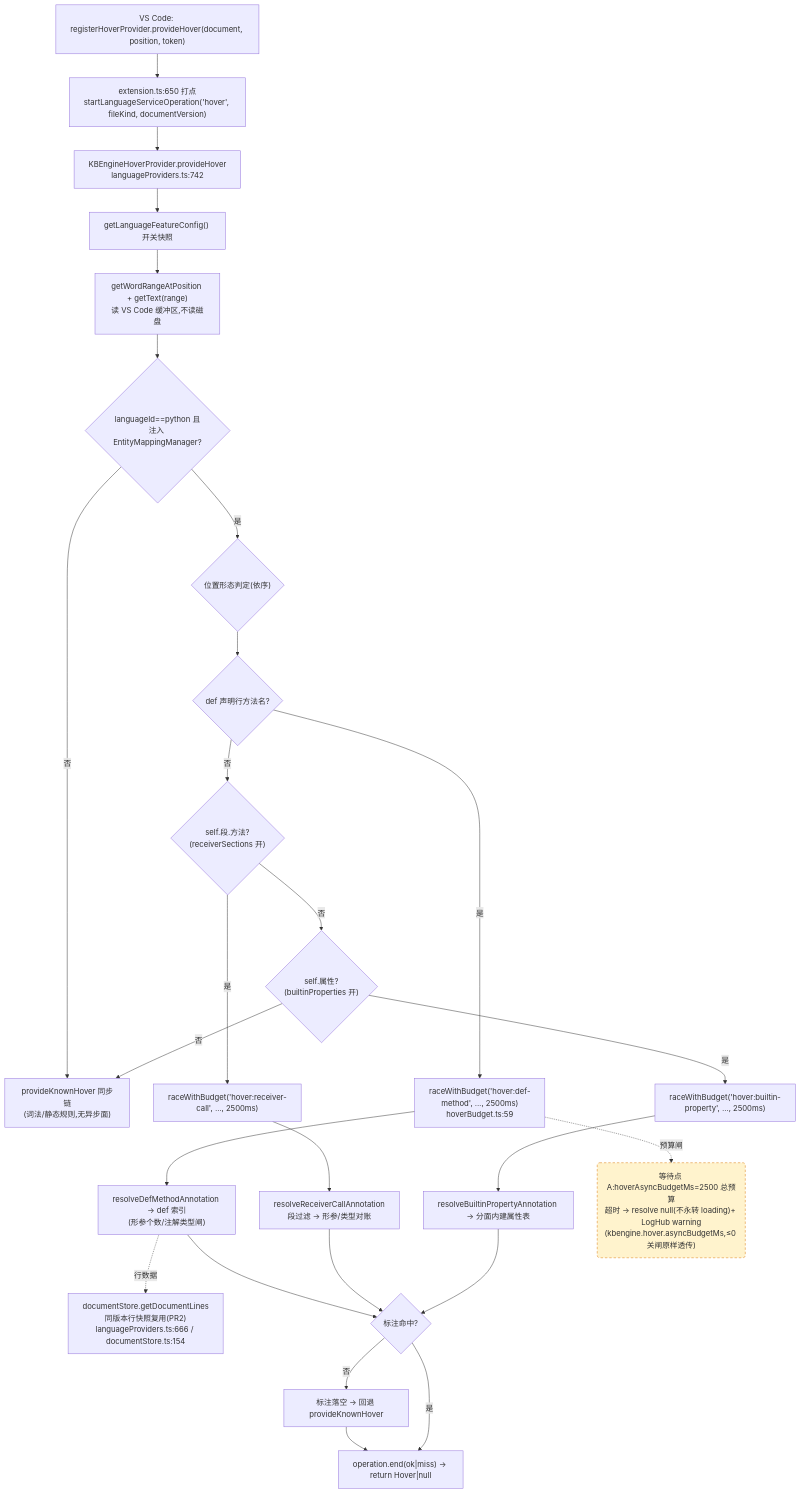
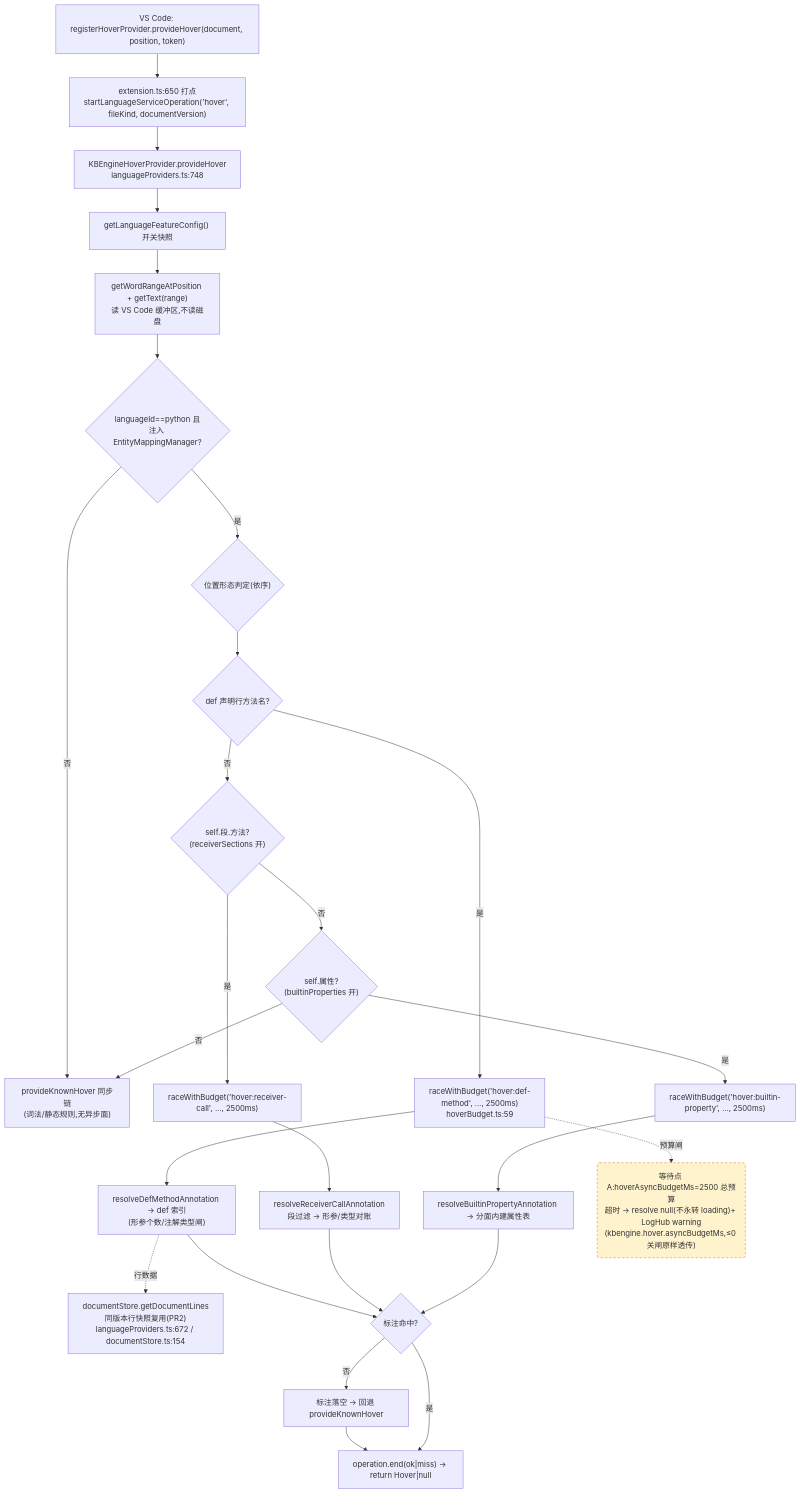
One commit to cuihairu/kode changed the first of 4 diagrams in docs/perf/2026-baseline.md. Above: the diagram before and after it, drawn with Mermaid. The commit also changed other lines of this file and 4 other files, not shown here.

````diff
--- a/docs/perf/2026-baseline.md
+++ b/docs/perf/2026-baseline.md
@@ -82,45 +82,45 @@
 ```mermaid
 flowchart TD
   VC1["VS Code: registerHoverProvider.provideHover(document, position, token)"]
   M1["extension.ts:650 打点<br/>startLanguageServiceOperation('hover', fileKind, documentVersion)"]
-  HP["KBEngineHoverProvider.provideHover<br/>languageProviders.ts:742"]
+  HP["KBEngineHoverProvider.provideHover<br/>languageProviders.ts:748"]
   CFG["getLanguageFeatureConfig() 开关快照"]
   WORD["getWordRangeAtPosition + getText(range)<br/>读 VS Code 缓冲区,不读磁盘"]
   BR{"languageId==python 且<br/>注入 EntityMappingManager?"}
   KN["provideKnownHover 同步链<br/>(词法/静态规则,无异步面)"]
   POS{"位置形态判定(依序)"}
   D1{"def 声明行方法名?"}
   D2{"self.段.方法?<br/>(receiverSections 开)"}
   D3{"self.属性?<br/>(builtinProperties 开)"}
   RA1["raceWithBudget('hover:def-method', …, 2500ms)<br/>hoverBudget.ts:59"]
   RA2["raceWithBudget('hover:receiver-call', …, 2500ms)"]
   RA3["raceWithBudget('hover:builtin-property', …, 2500ms)"]
   RS1["resolveDefMethodAnnotation → def 索引<br/>(形参个数/注解类型闸)"]
   RS2["resolveReceiverCallAnnotation<br/>段过滤 → 形参/类型对账"]
   RS3["resolveBuiltinPropertyAnnotation → 分面内建属性表"]
-  LINES["documentStore.getDocumentLines<br/>同版本行快照复用(PR2)<br/>languageProviders.ts:666 / documentStore.ts:154"]
+  LINES["documentStore.getDocumentLines<br/>同版本行快照复用(PR2)<br/>languageProviders.ts:672 / documentStore.ts:154"]
   MISS["标注落空 → 回退 provideKnownHover"]
   END1["operation.end(ok|miss) → return Hover|null"]
 
   VC1 --> M1 --> HP --> CFG --> WORD --> BR
   BR -- "否" --> KN
   BR -- "是" --> POS --> D1
   D1 -- "是" --> RA1 --> RS1
   D1 -- "否" --> D2
   D2 -- "是" --> RA2 --> RS2
   D2 -- "否" --> D3
   D3 -- "是" --> RA3 --> RS3
   D3 -- "否" --> KN
   RS1 --> HIT{"标注命中?"}
   RS2 --> HIT
   RS3 --> HIT
   RS1 -.->|行数据| LINES
   HIT -- "否" --> MISS --> END1
   HIT -- "是" --> END1
 
   WAITA("等待点 A:hoverAsyncBudgetMs=2500 总预算<br/>超时 → resolve null(不永转 loading)+ LogHub warning<br/>(kbengine.hover.asyncBudgetMs,≤0 关闸原样透传)")
   RA1 -.->|预算闸| WAITA
 
   classDef waitPoint fill:#fff3cd,stroke:#d97706,stroke-dasharray:5 4;
   class WAITA waitPoint;
 ```
````
